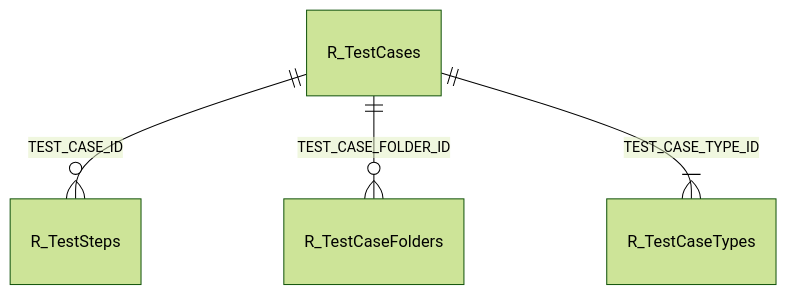
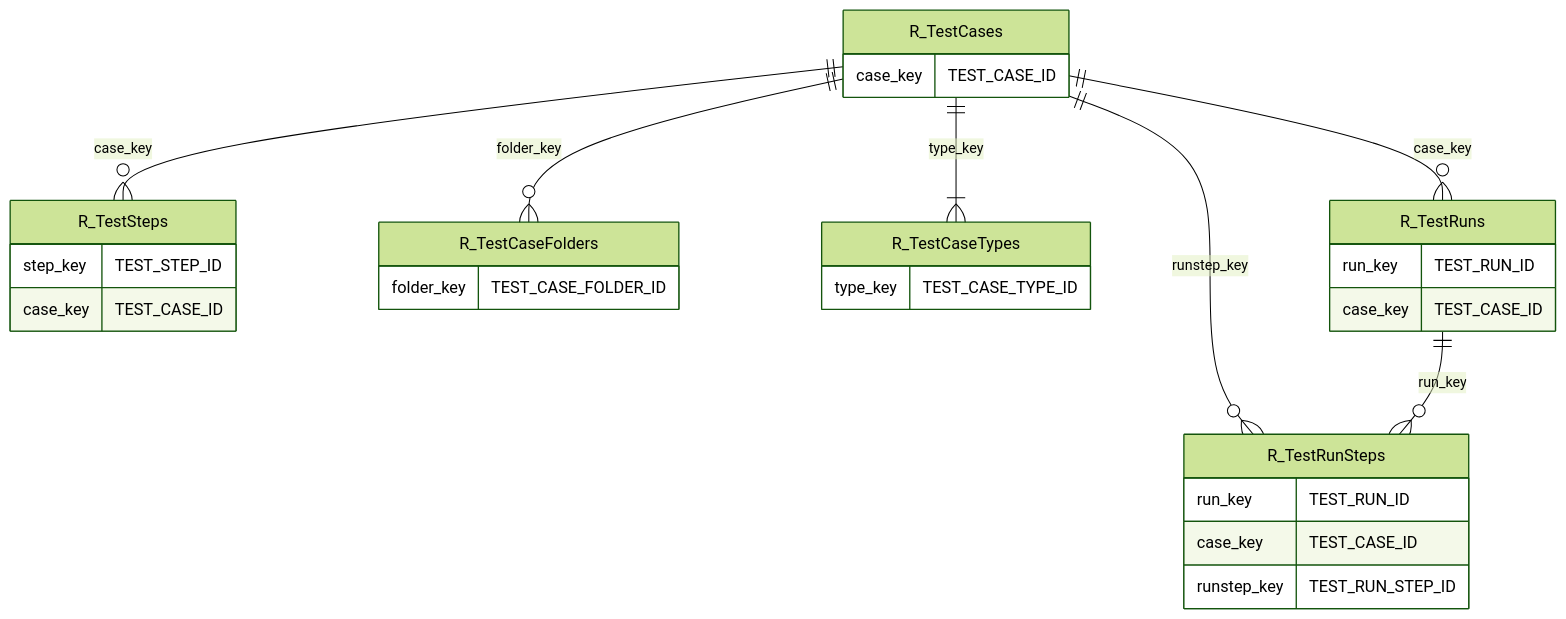
Before and after one commit to Inflectra/spira-documentation: the second of 4 diagrams in docs/Reporting/index.md, drawn with Mermaid (forest theme). The commit also changed other lines of this file and 1 other file, not shown here.

Commit message:
adds new reporting guides for specific use cases

````diff
--- a/docs/Reporting/index.md
+++ b/docs/Reporting/index.md
@@ -108,6 +80,32 @@
     ``` mermaid
     erDiagram
-    R_TestCases ||--o{ R_TestSteps : TEST_CASE_ID
-    R_TestCases ||--o{ R_TestCaseFolders : TEST_CASE_FOLDER_ID
-    R_TestCases ||--|{ R_TestCaseTypes : TEST_CASE_TYPE_ID
+    R_TestCases ||--o{ R_TestSteps : case_key
+    R_TestCases ||--o{ R_TestRunSteps : runstep_key
+    R_TestCases ||--o{ R_TestCaseFolders : folder_key
+    R_TestCases ||--|{ R_TestCaseTypes : type_key
+    R_TestCases ||--o{ R_TestRuns : case_key
+    R_TestRuns ||--o{ R_TestRunSteps : run_key
+
+    R_TestCases { 
+        case_key TEST_CASE_ID
+    }
+    R_TestSteps { 
+        step_key TEST_STEP_ID
+        case_key TEST_CASE_ID
+    }
+    R_TestCaseFolders { 
+        folder_key TEST_CASE_FOLDER_ID
+    }
+    R_TestCaseTypes { 
+        type_key TEST_CASE_TYPE_ID
+    }
+    R_TestRuns {
+        run_key TEST_RUN_ID
+        case_key TEST_CASE_ID
+    }
+    R_TestRunSteps {
+        run_key TEST_RUN_ID
+        case_key TEST_CASE_ID
+        runstep_key TEST_RUN_STEP_ID
+    }
     ```
````
